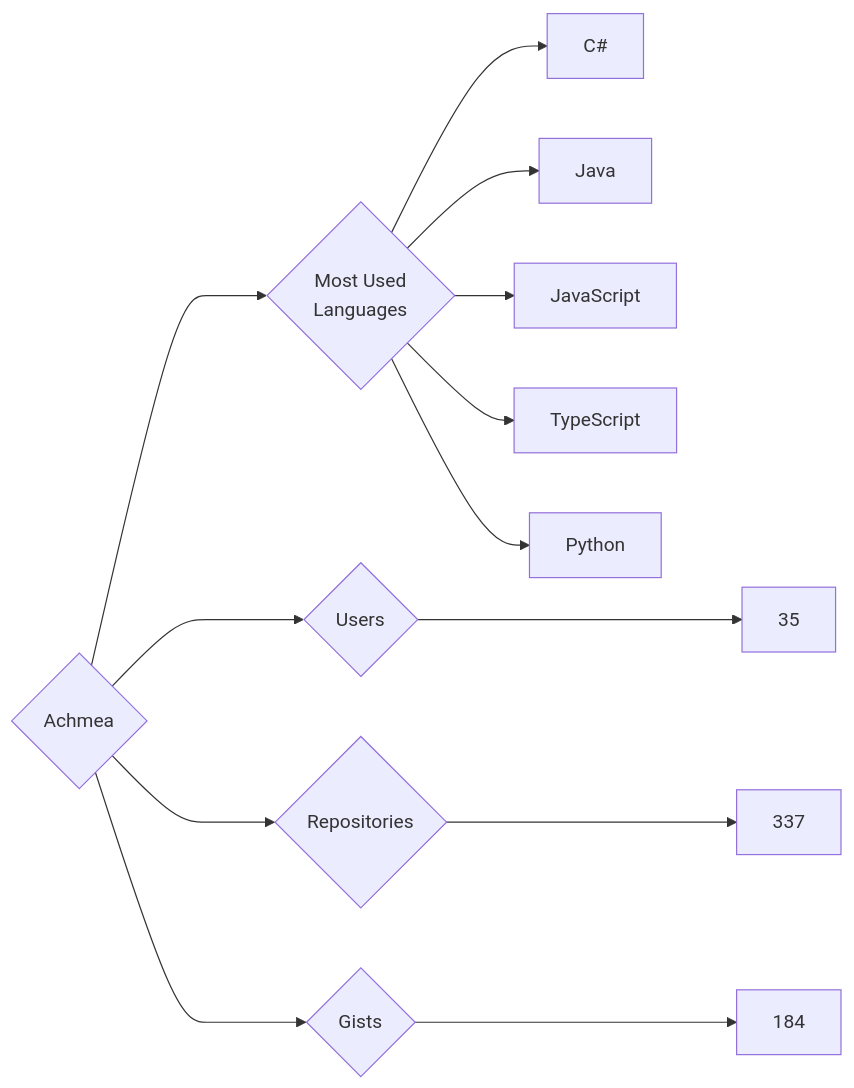
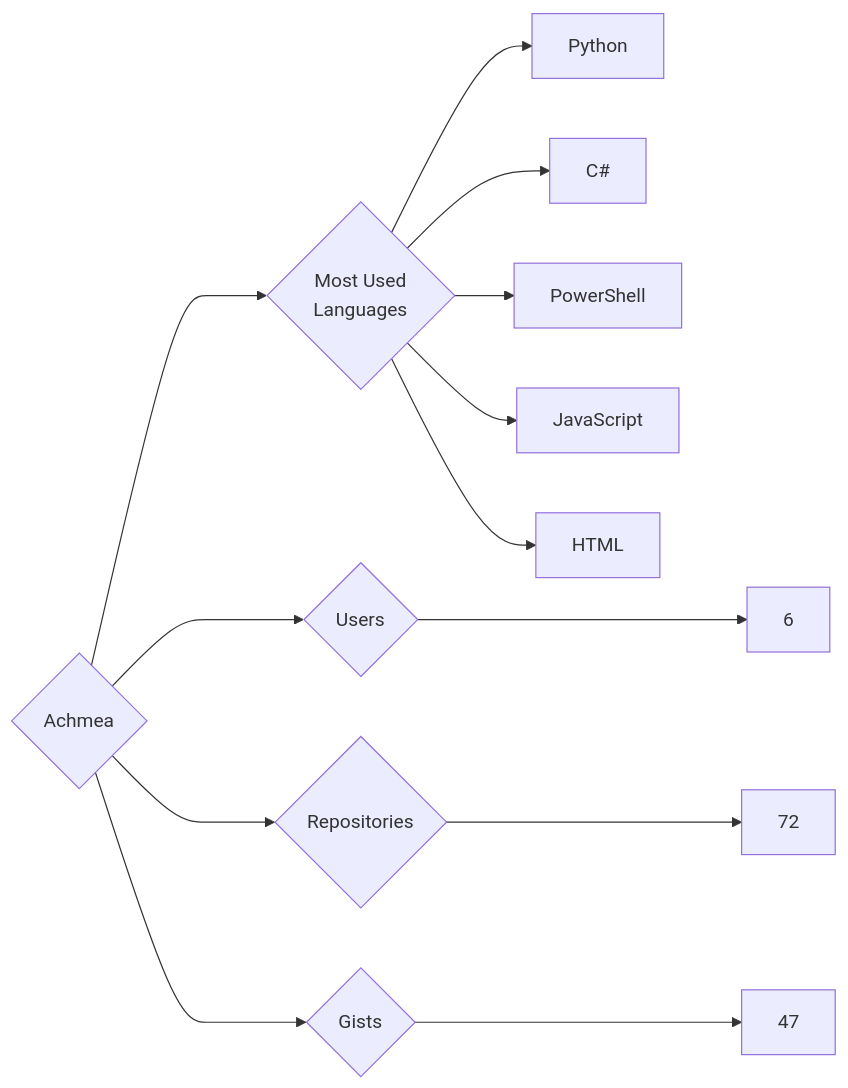
One commit to trickest/insiders changed the diagram in targets/Achmea/README.md. Above: the diagram before and after it, drawn with Mermaid. The commit also changed 1149 other files, not shown here.

````diff
--- a/targets/Achmea/README.md
+++ b/targets/Achmea/README.md
@@ -3,13 +3,13 @@
 ```mermaid
 graph LR
 COMPANY_NAME{Achmea}
-COMPANY_NAME ---> U{Users} ---> UN[35]
-COMPANY_NAME ---> R{Repositories} ---> RN[337]
-COMPANY_NAME ---> G{Gists} ---> GN[184]
+COMPANY_NAME ---> U{Users} ---> UN[6]
+COMPANY_NAME ---> R{Repositories} ---> RN[72]
+COMPANY_NAME ---> G{Gists} ---> GN[47]
 COMPANY_NAME ---> ML{Most Used<br>Languages}
+ML --> Python[Python]
 ML --> C#[C#]
-ML --> Java[Java]
+ML --> PowerShell[PowerShell]
 ML --> JavaScript[JavaScript]
-ML --> TypeScript[TypeScript]
-ML --> Python[Python]
+ML --> HTML[HTML]
 ```
````
